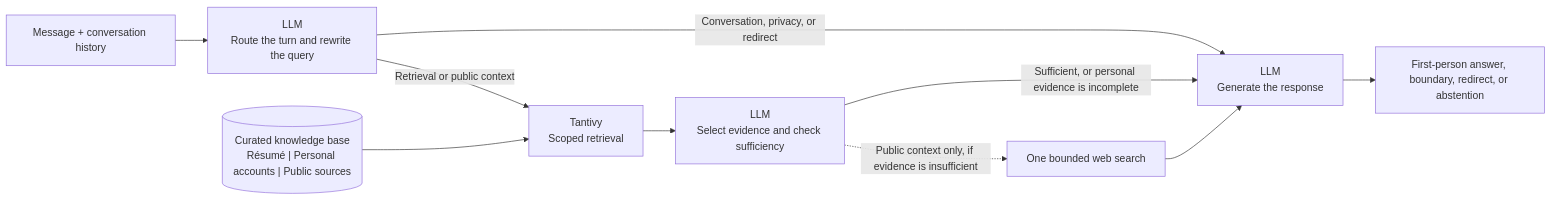
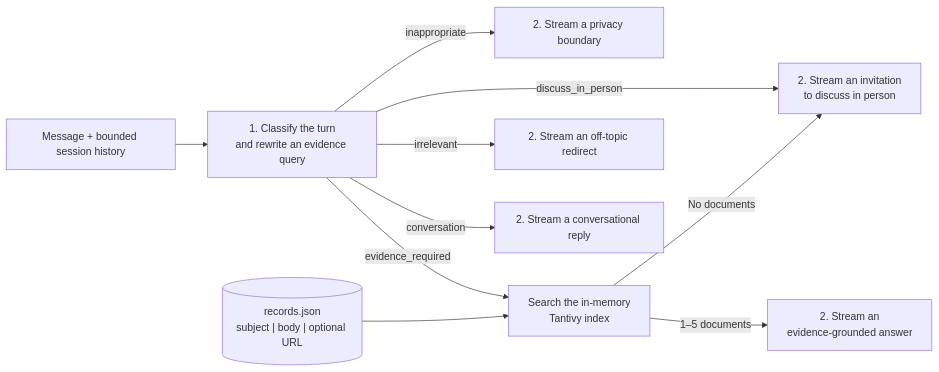
Before and after one commit to danjia21/me-as-a-service: the diagram in README.md, drawn with Mermaid. The commit also changed other lines of this file and 135 other files, not shown here.

````diff
--- a/README.md
+++ b/README.md
@@ -37,12 +35,12 @@
 ```mermaid
 flowchart LR
-    A["Message + conversation history"] --> B["LLM<br/>Route the turn and rewrite the query"]
-    B -->|"Conversation, privacy, or redirect"| F["LLM<br/>Generate the response"]
-    B -->|"Retrieval or public context"| C["Tantivy<br/>Scoped retrieval"]
-    K[("Curated knowledge base<br/>Résumé | Personal accounts | Public sources")] --> C
-    C --> D["LLM<br/>Select evidence and check sufficiency"]
-    D -->|"Sufficient, or personal evidence is incomplete"| F
-    D -. "Public context only, if evidence is insufficient" .-> E["One bounded web search"]
-    E --> F
-    F --> G["First-person answer, boundary, redirect, or abstention"]
+    A["Message + bounded session history"] --> B["1. Classify the turn<br/>and rewrite an evidence query"]
+    B -->|"evidence_required"| C["Search the in-memory<br/>Tantivy index"]
+    K[("records.json<br/>subject | body | optional URL")] --> C
+    C -->|"1–5 documents"| D["2. Stream an<br/>evidence-grounded answer"]
+    C -->|"No documents"| E["2. Stream an invitation<br/>to discuss in person"]
+    B -->|"conversation"| F["2. Stream a conversational reply"]
+    B -->|"irrelevant"| G["2. Stream an off-topic redirect"]
+    B -->|"discuss_in_person"| E
+    B -->|"inappropriate"| H["2. Stream a privacy boundary"]
 ```
````
